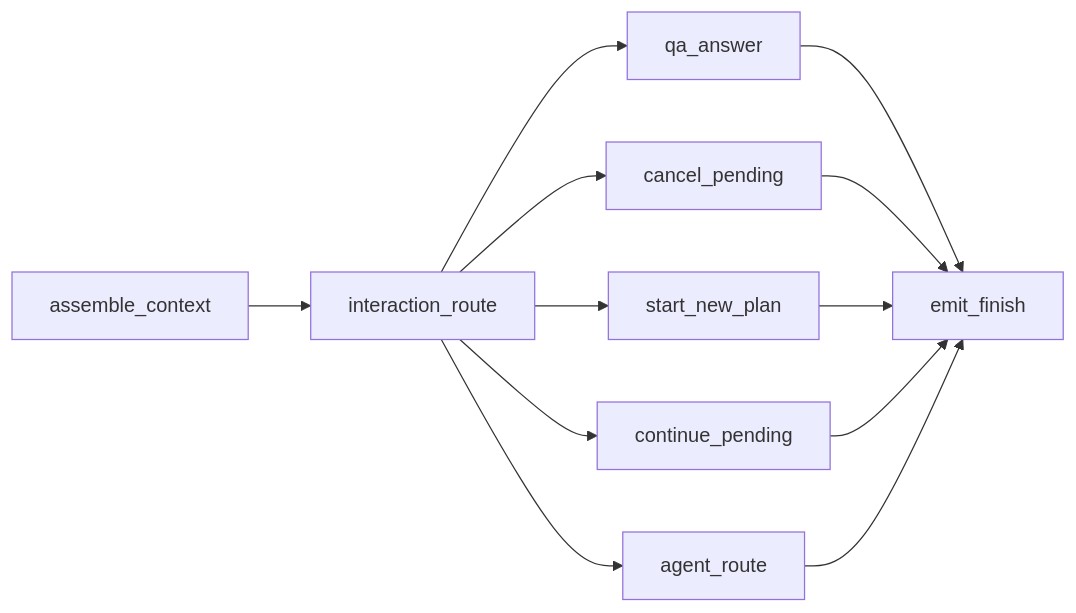
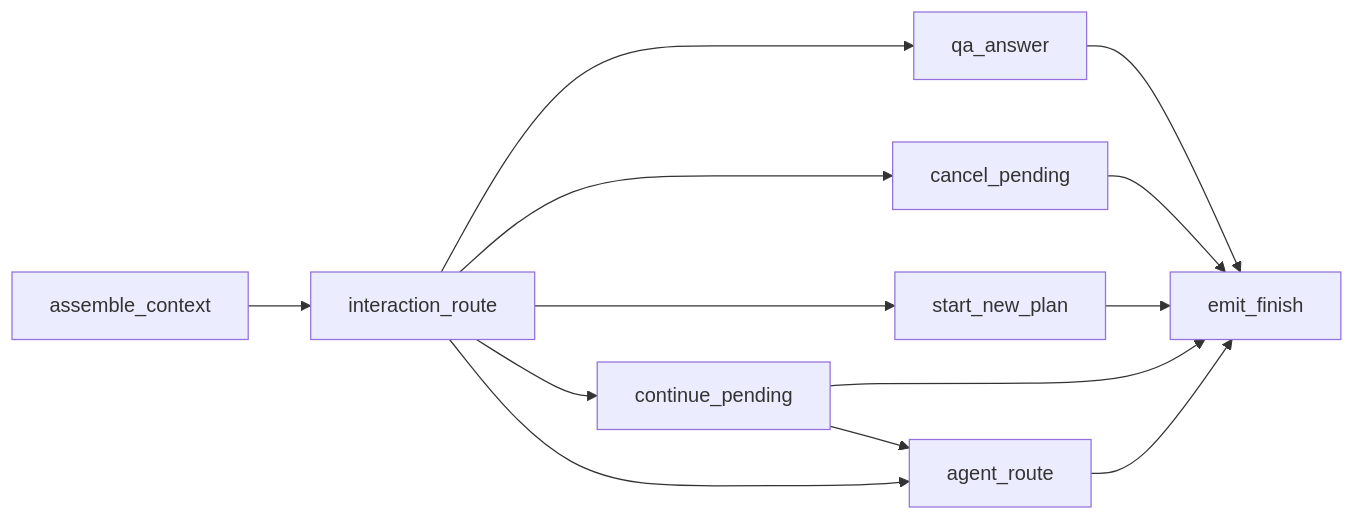
One commit to zenojor/plan-pal changed the fourth of 4 diagrams in docs/INTERACTION_ROUTING_ARCHITECTURE.md. Above: the diagram before and after it, drawn with Mermaid. The commit also changed other lines of this file and 46 other files, not shown here.

````diff
--- a/docs/INTERACTION_ROUTING_ARCHITECTURE.md
+++ b/docs/INTERACTION_ROUTING_ARCHITECTURE.md
@@ -97,14 +176,15 @@
 ```mermaid
 flowchart LR
-  Assemble[assemble_context] --> Route[interaction_route]
-  Route --> QA[qa_answer]
-  Route --> Cancel[cancel_pending]
-  Route --> Start[start_new_plan]
-  Route --> Continue[continue_pending]
-  Route --> Agent[agent_route]
-  QA --> Finish[emit_finish]
+  Assemble["assemble_context"] --> Route["interaction_route"]
+  Route --> QA["qa_answer"]
+  Route --> Cancel["cancel_pending"]
+  Route --> Start["start_new_plan"]
+  Route --> Continue["continue_pending"]
+  Route --> Agent["agent_route"]
+  Continue --> Finish["emit_finish"]
+  Continue --> Agent
+  QA --> Finish
   Cancel --> Finish
   Start --> Finish
-  Continue --> Finish
   Agent --> Finish
 ```
````
